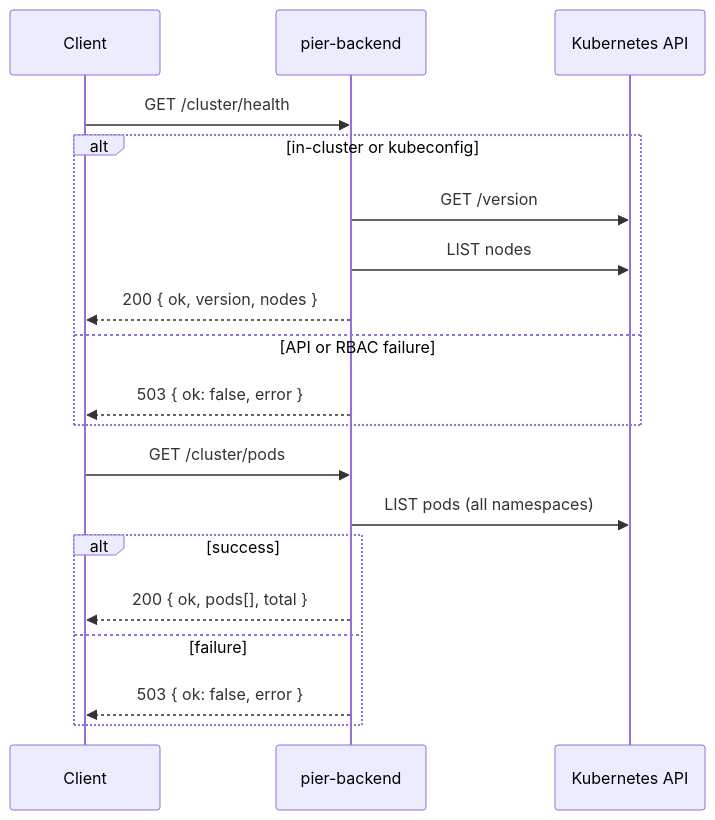
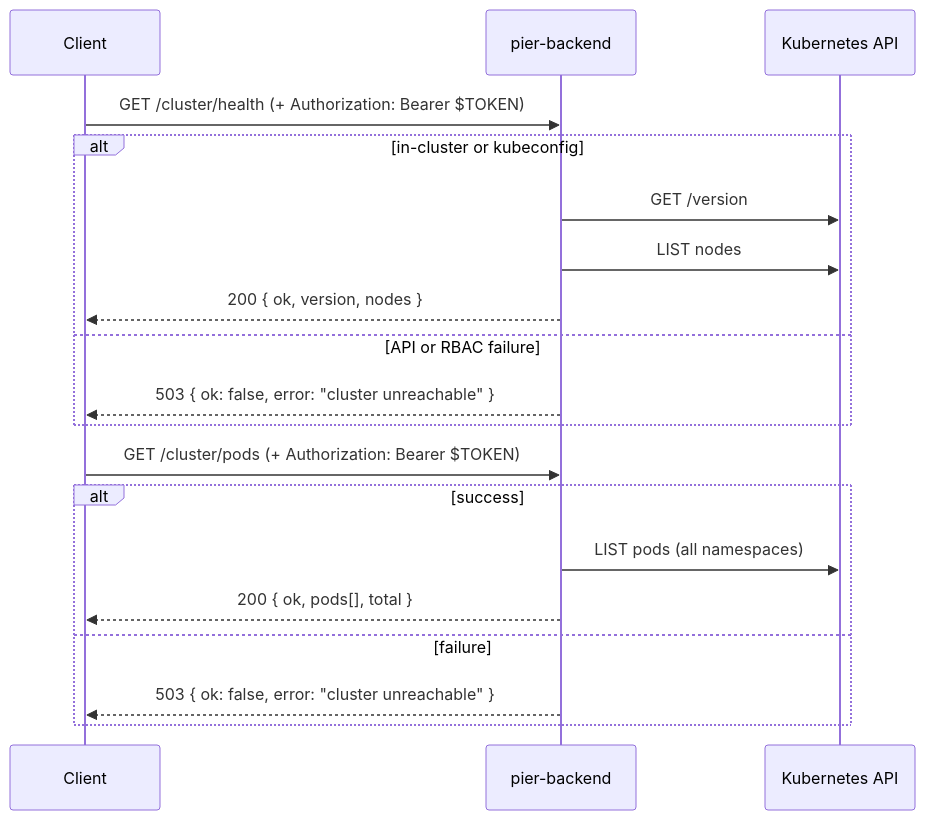
The second of 2 diagrams in backend/src/routes/README.md (Flapjacck/pier), drawn with Mermaid before and after one commit. The commit also changed other lines of this file and 1 other file, not shown here.

````diff
--- a/backend/src/routes/README.md
+++ b/backend/src/routes/README.md
@@ -35,23 +37,23 @@
 ```mermaid
 sequenceDiagram
   participant Client
   participant Pier as pier-backend
   participant K8s as Kubernetes API
 
-  Client->>Pier: GET /cluster/health
+  Client->>Pier: GET /cluster/health (+ Authorization: Bearer $TOKEN)
   alt in-cluster or kubeconfig
     Pier->>K8s: GET /version
     Pier->>K8s: LIST nodes
     Pier-->>Client: 200 { ok, version, nodes }
   else API or RBAC failure
-    Pier-->>Client: 503 { ok: false, error }
+    Pier-->>Client: 503 { ok: false, error: "cluster unreachable" }
   end
 
-  Client->>Pier: GET /cluster/pods
-  Pier->>K8s: LIST pods (all namespaces)
+  Client->>Pier: GET /cluster/pods (+ Authorization: Bearer $TOKEN)
   alt success
+    Pier->>K8s: LIST pods (all namespaces)
     Pier-->>Client: 200 { ok, pods[], total }
   else failure
-    Pier-->>Client: 503 { ok: false, error }
+    Pier-->>Client: 503 { ok: false, error: "cluster unreachable" }
   end
 ```
````
